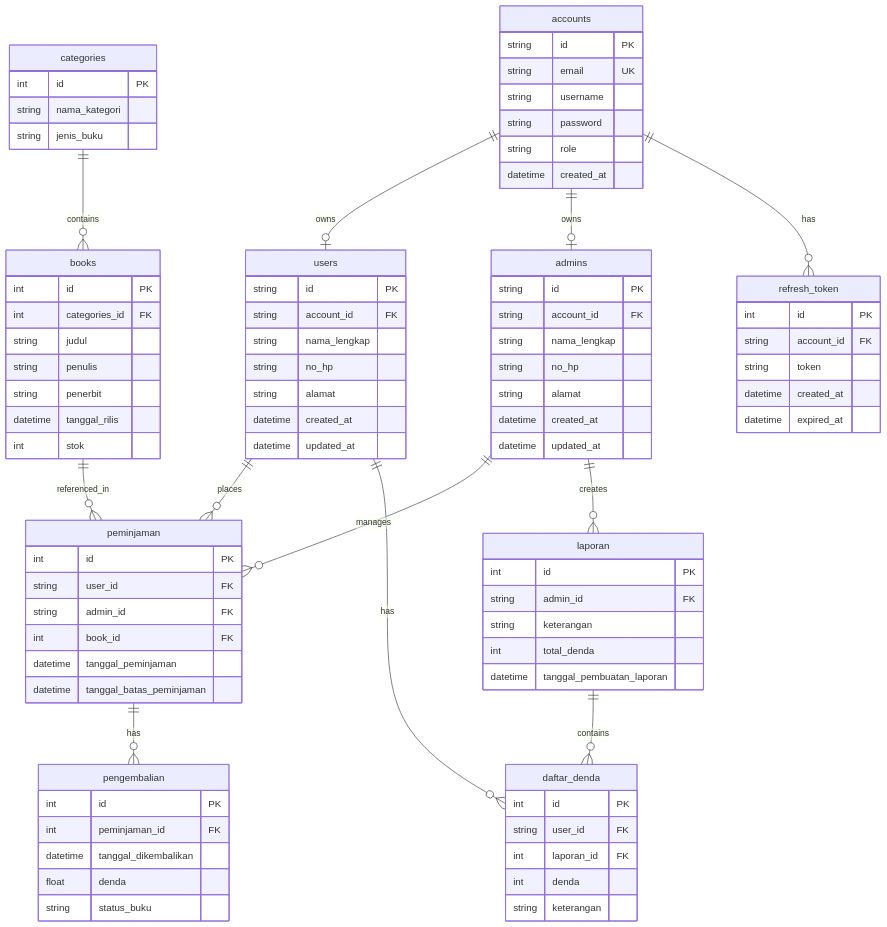
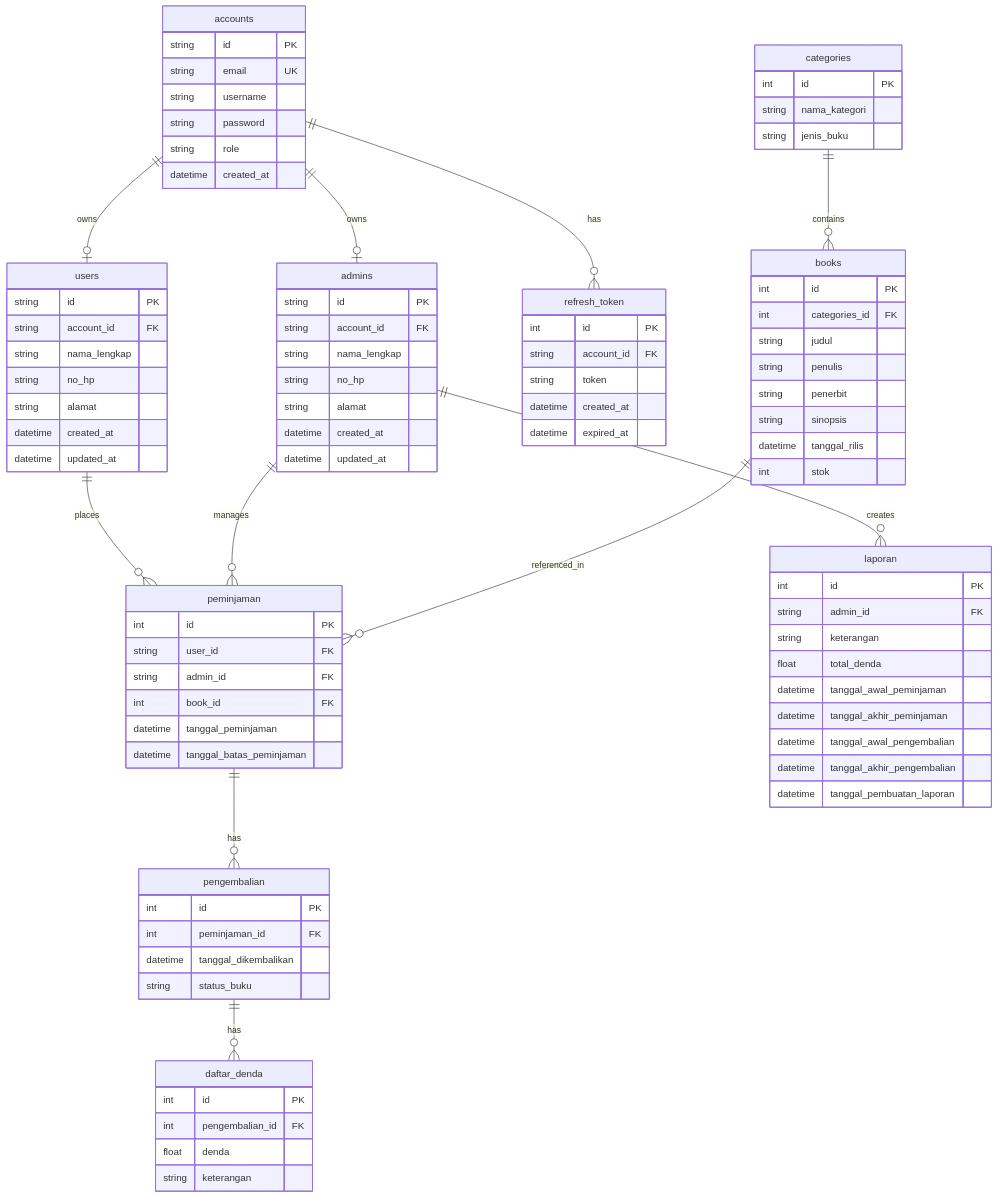
Before and after one commit to dimstyle/ruang-baca: the diagram in docs/uml/src/diagrams/list-diagrams/erd.mmd, drawn with Mermaid. The commit also changed 17 other files, not shown here.

Commit message:
feat(books): implement book crud gates, sinopsis migration, erd sync, unit tests, and uml diagrams

```diff
--- a/docs/uml/src/diagrams/list-diagrams/erd.mmd
+++ b/docs/uml/src/diagrams/list-diagrams/erd.mmd
@@ -1,104 +1,106 @@
 erDiagram
     accounts ||--o| users : "owns"
     accounts ||--o| admins : "owns"
     accounts ||--o{ refresh_token : "has"
 
     users ||--o{ peminjaman : "places"
-    users ||--o{ daftar_denda : "has"
 
     admins ||--o{ peminjaman : "manages"
     admins ||--o{ laporan : "creates"
 
     categories ||--o{ books : "contains"
 
     books ||--o{ peminjaman : "referenced_in"
 
     peminjaman ||--o{ pengembalian : "has"
 
-    laporan ||--o{ daftar_denda : "contains"
+    pengembalian ||--o{ daftar_denda : "has"
 
     accounts {
         string id PK
         string email UK
         string username
         string password
         string role
         datetime created_at
     }
 
     users {
         string id PK
         string account_id FK
         string nama_lengkap
         string no_hp
         string alamat
         datetime created_at
         datetime updated_at
     }
 
     admins {
         string id PK
         string account_id FK
         string nama_lengkap
         string no_hp
         string alamat
         datetime created_at
         datetime updated_at
     }
 
     categories {
         int id PK
         string nama_kategori
         string jenis_buku
     }
 
     books {
         int id PK
         int categories_id FK
         string judul
         string penulis
         string penerbit
+        string sinopsis
         datetime tanggal_rilis
         int stok
     }
 
     peminjaman {
         int id PK
         string user_id FK
         string admin_id FK
         int book_id FK
         datetime tanggal_peminjaman
         datetime tanggal_batas_peminjaman
     }
 
     pengembalian {
         int id PK
         int peminjaman_id FK
         datetime tanggal_dikembalikan
-        float denda
         string status_buku
     }
 
     refresh_token {
         int id PK
         string account_id FK
         string token
         datetime created_at
         datetime expired_at
     }
 
     laporan {
         int id PK
         string admin_id FK
         string keterangan
-        int total_denda
+        float total_denda
+        datetime tanggal_awal_peminjaman
+        datetime tanggal_akhir_peminjaman
+        datetime tanggal_awal_pengembalian
+        datetime tanggal_akhir_pengembalian
         datetime tanggal_pembuatan_laporan
     }
 
     daftar_denda {
         int id PK
-        string user_id FK
-        int laporan_id FK
-        int denda
+        int pengembalian_id FK
+        float denda
         string keterangan
     }
```
